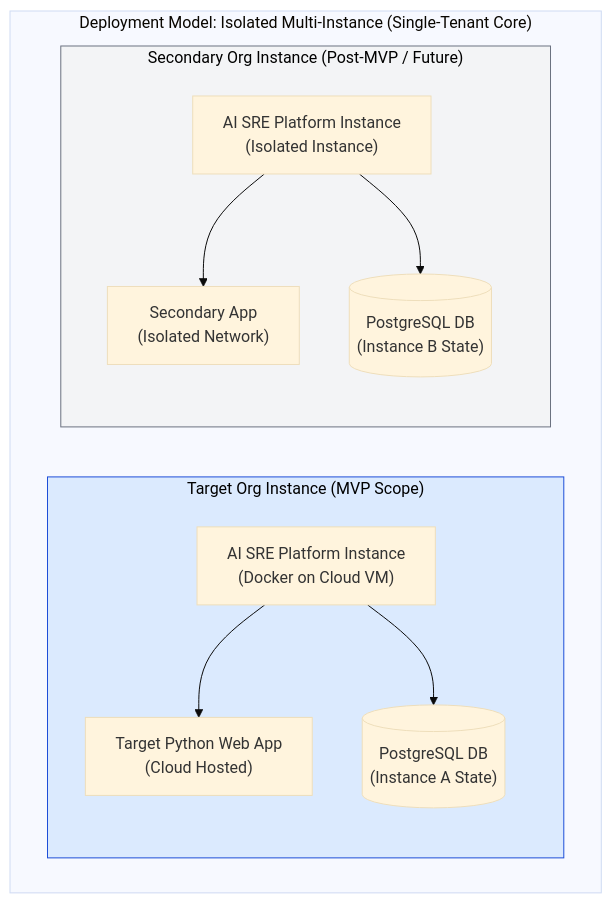
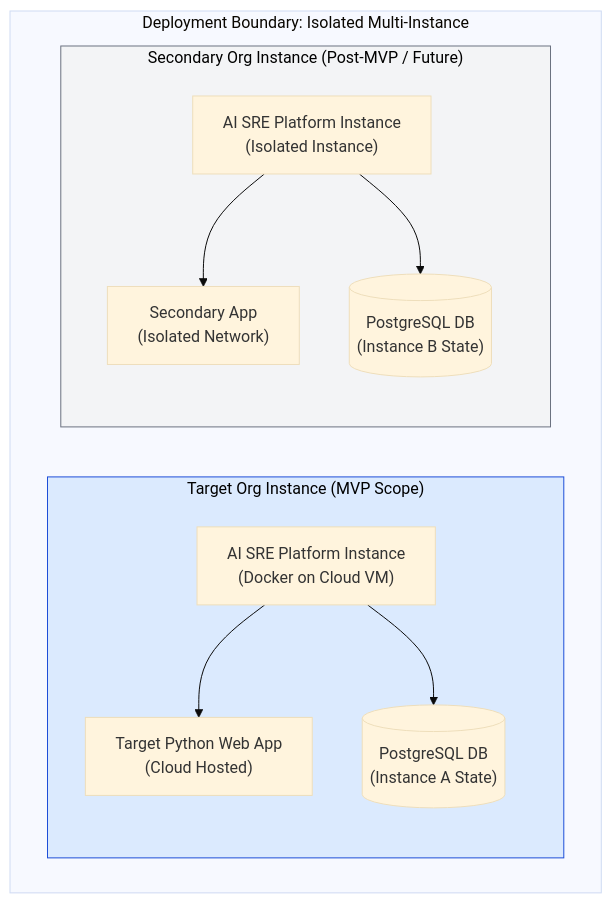
One commit to DiwasDev/AI-SRE changed the third of 5 diagrams in artifacts/scope_and_constraints.md. Above: the diagram before and after it, drawn with Mermaid (base theme). The commit also changed other lines of this file and 1 other file, not shown here.

Commit message:
Update approval flow to single-gate and support multi-provider LLM fallback

````diff
--- a/artifacts/scope_and_constraints.md
+++ b/artifacts/scope_and_constraints.md
@@ -52,21 +133,21 @@
 ```mermaid
 flowchart TD
-    subgraph Multi_Instance_Topology["Deployment Model: Isolated Multi-Instance (Single-Tenant Core)"]
+    subgraph Multi_Instance_Topology["Deployment Boundary: Isolated Multi-Instance"]
         subgraph Instance_A["Target Org Instance (MVP Scope)"]
             AppA["Target Python Web App<br/>(Cloud Hosted)"]
             PlatA["AI SRE Platform Instance<br/>(Docker on Cloud VM)"]
             DBA[("PostgreSQL DB<br/>(Instance A State)")]
             PlatA --> AppA
             PlatA --> DBA
         end
         subgraph Instance_B["Secondary Org Instance (Post-MVP / Future)"]
             AppB["Secondary App<br/>(Isolated Network)"]
             PlatB["AI SRE Platform Instance<br/>(Isolated Instance)"]
             DBB[("PostgreSQL DB<br/>(Instance B State)")]
             PlatB --> AppB
             PlatB --> DBB
         end
     end
     style Instance_A fill:#dbeafe,stroke:#1d4ed8,color:#000
     style Instance_B fill:#f3f4f6,stroke:#6b7280,color:#000
 ```
````
